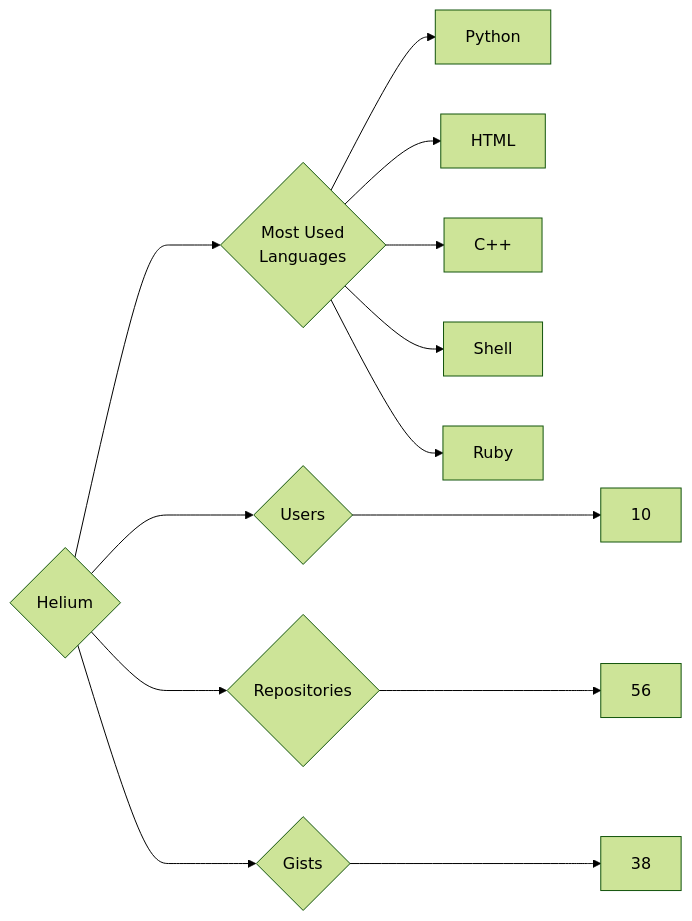
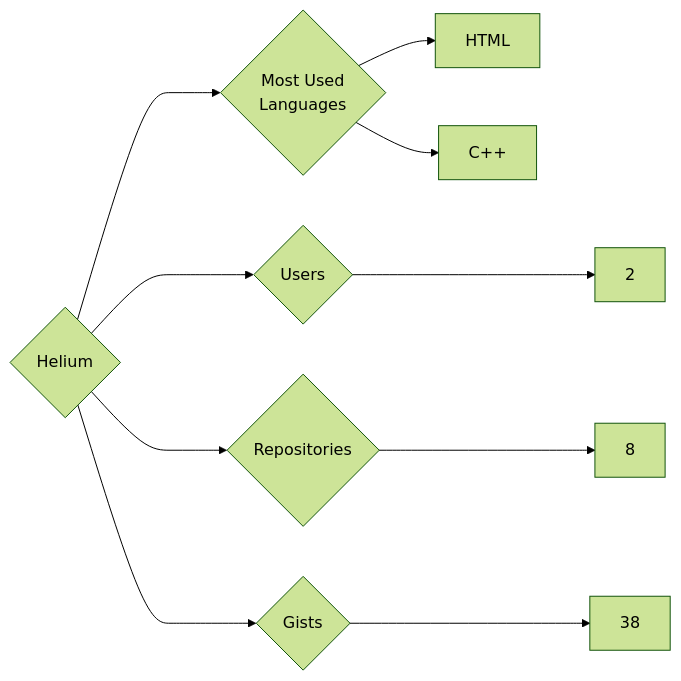
Before and after one commit to trickest/insiders: the diagram in targets/Helium/README.md, drawn with Mermaid (forest theme). The commit also changed 1088 other files, not shown here.

````diff
--- a/targets/Helium/README.md
+++ b/targets/Helium/README.md
@@ -3,13 +3,10 @@
 ```mermaid
 graph LR
 COMPANY_NAME{Helium}
-COMPANY_NAME ---> U{Users} ---> UN[10]
-COMPANY_NAME ---> R{Repositories} ---> RN[56]
+COMPANY_NAME ---> U{Users} ---> UN[2]
+COMPANY_NAME ---> R{Repositories} ---> RN[8]
 COMPANY_NAME ---> G{Gists} ---> GN[38]
 COMPANY_NAME ---> ML{Most Used<br>Languages}
-ML --> Python[Python]
 ML --> HTML[HTML]
 ML --> C++[C++]
-ML --> Shell[Shell]
-ML --> Ruby[Ruby]
 ```
````
